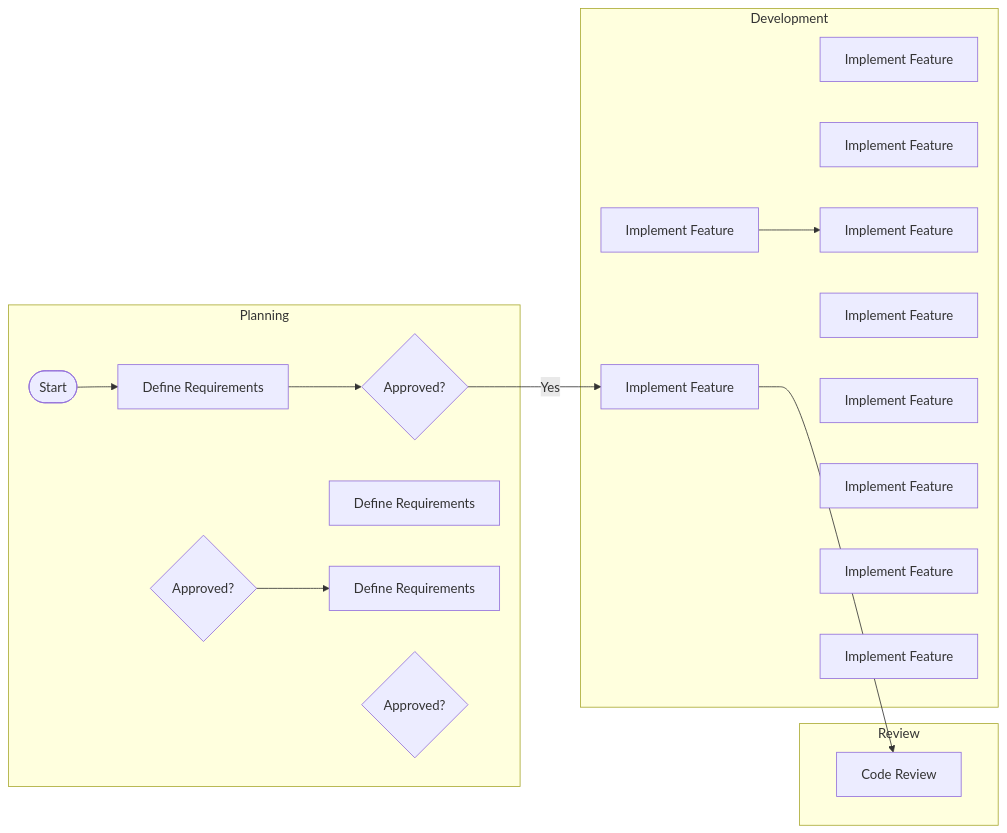
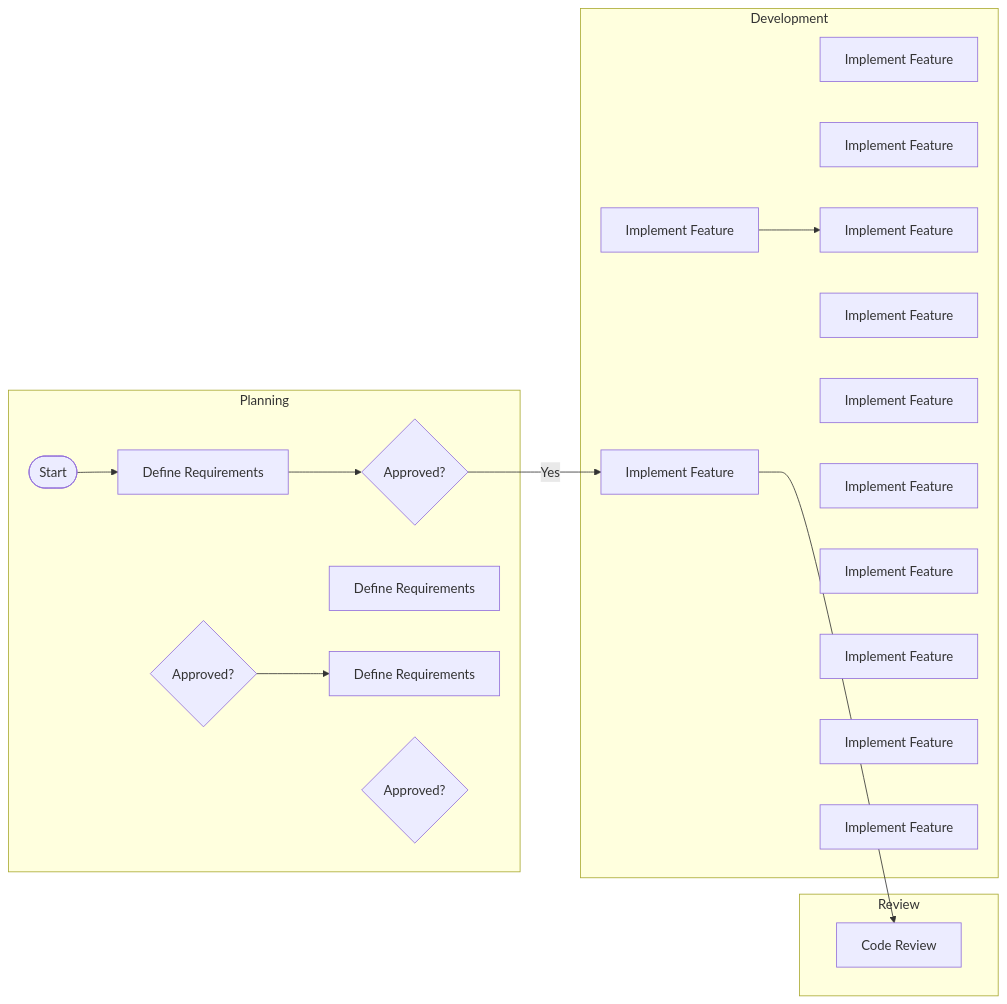
One commit to pingpm/mermaid_vault changed the diagram in mmd/123_af5300cc-6d6d-4905-8888-06a9c48e023e.mmd. Above: the diagram before and after it, drawn with Mermaid. The commit also changed 6 other files, not shown here.

Commit message:
Sync Mermaid Studio data (27 diagrams)

```diff
--- a/mmd/123_af5300cc-6d6d-4905-8888-06a9c48e023e.mmd
+++ b/mmd/123_af5300cc-6d6d-4905-8888-06a9c48e023e.mmd
@@ -1,31 +1,33 @@
 flowchart LR
   subgraph lane_0["Planning"]
     t_0{"Approved?"}
     t_1(["Start"])
     t_2["Define Requirements"]
     t_3{"Approved?"}
     t_4["Define Requirements"]
     t_5["Define Requirements"]
     t_6{"Approved?"}
   end
   subgraph lane_1["Development"]
     t_7["Implement Feature"]
     t_8["Implement Feature"]
     t_9["Implement Feature"]
     t_10["Implement Feature"]
     t_11["Implement Feature"]
     t_12["Implement Feature"]
     t_13["Implement Feature"]
     t_14["Implement Feature"]
     t_15["Implement Feature"]
     t_16["Implement Feature"]
+    t_17["Implement Feature"]
+    t_18["Implement Feature"]
   end
   subgraph lane_2["Review"]
-    t_17["Code Review"]
+    t_19["Code Review"]
   end
   t_1 --> t_2
   t_2 --> t_0
   t_0 -->|"Yes"| t_7
-  t_7 --> t_17
+  t_7 --> t_19
   t_3 --> t_5
   t_9 --> t_11
```
